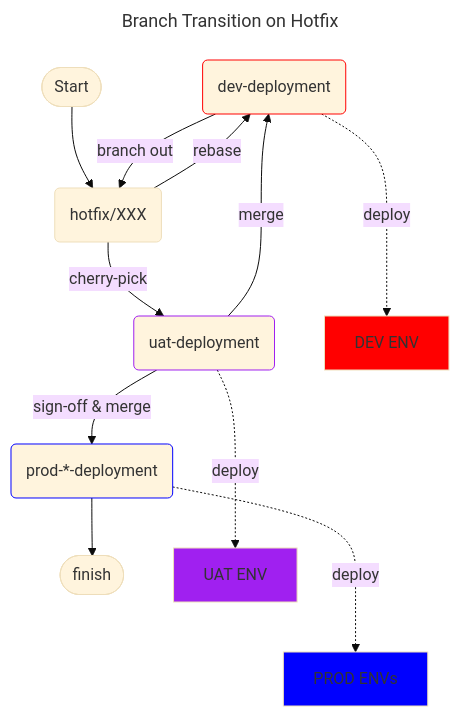
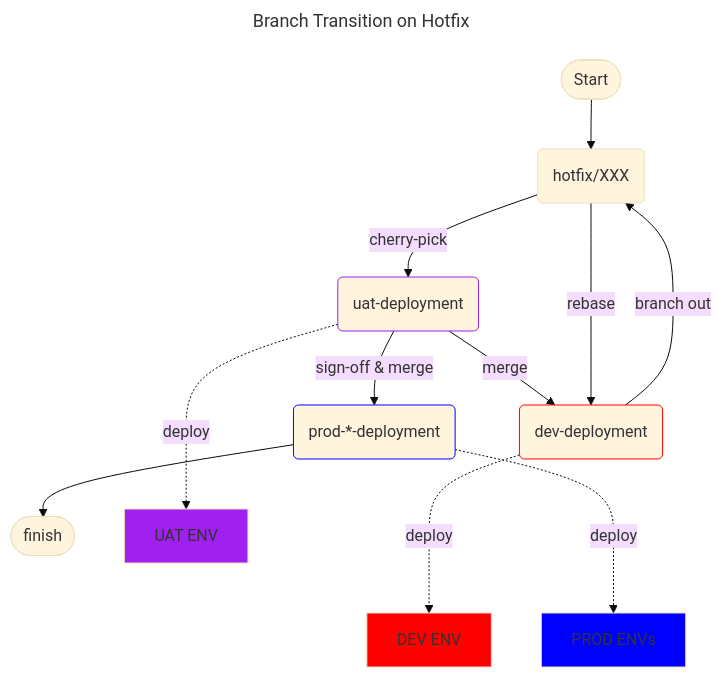
One commit to adamwan-nexplore/guidebook-nxp-hk changed the second of 3 diagrams in how-we-develop/git-workflow.md. Above: the diagram before and after it, drawn with Mermaid (base theme). The commit also changed other lines of this file and 3 other files, not shown here.

Commit message:
24 dec: mermaid on infra

````diff
--- a/how-we-develop/git-workflow.md
+++ b/how-we-develop/git-workflow.md
@@ -55,34 +56,34 @@
 ```mermaid
 ---
 title: Branch Transition on Hotfix
 ---
 flowchart TD
+    hotfix(hotfix/XXX)
     develop(dev-deployment)
-    hotfix(hotfix/XXX)
     uat(uat-deployment)
     prod(prod-*-deployment)
     start([Start])
     finish([finish])
 
     dev-env[DEV ENV]
     uat-env[UAT ENV]
     prod-env[PROD ENVs]
 
     style develop stroke:#f00
     style uat stroke:#A020F0
     style prod stroke:#00f
 
     style dev-env fill:#f00
     style uat-env fill:#A020F0
     style prod-env fill:#00f
 
     start --> hotfix
     develop -->|branch out| hotfix -->|cherry-pick| uat -->|merge| develop
     hotfix -->|rebase| develop
 
     uat -->|sign-off & merge| prod --> finish
 
-    develop -..->|deploy| dev-env
     uat -..->|deploy| uat-env
     prod -..->|deploy| prod-env
+    develop -..->|deploy| dev-env
 ```
````
